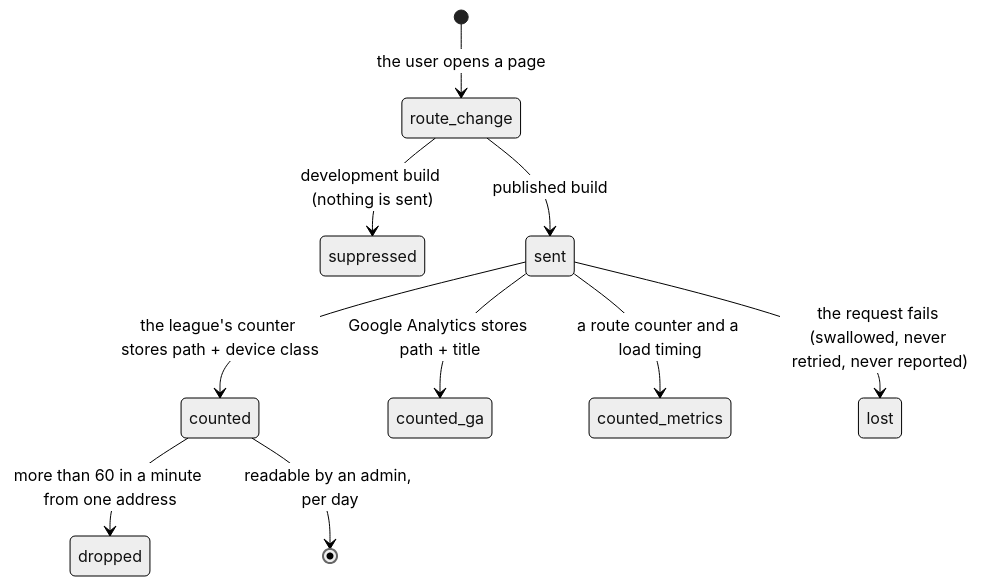
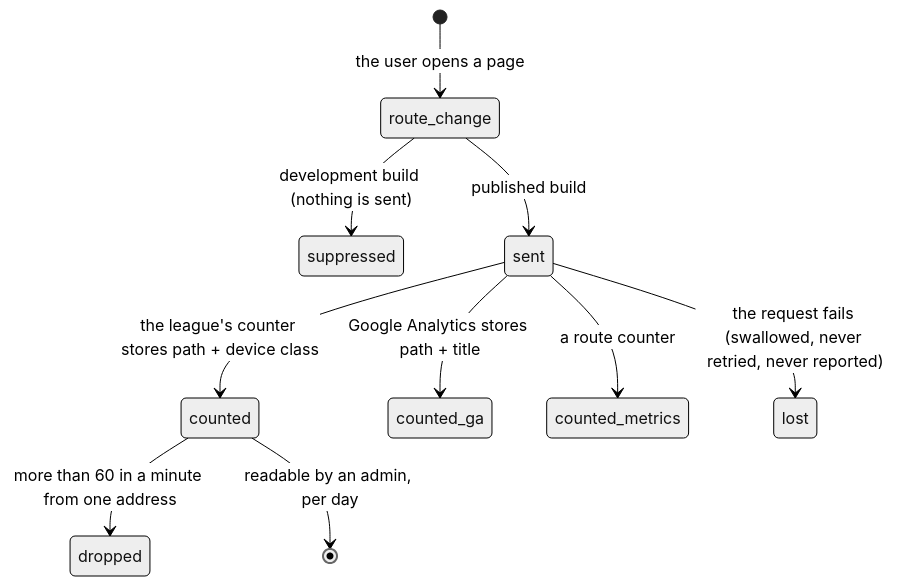
The diagram in docs/product-description/cross-cutting/what-the-league-sees.md (DougZeThug/717rec), drawn with Mermaid (neutral theme) before and after one commit. The commit also changed other lines of this file and 1 other file, not shown here.

Commit message:
docs: drop the removed page-load timing from cross-cutting telemetry docs

````diff
--- a/docs/product-description/cross-cutting/what-the-league-sees.md
+++ b/docs/product-description/cross-cutting/what-the-league-sees.md
@@ -135,12 +135,12 @@
 ```mermaid
 stateDiagram-v2
     [*] --> route_change : the user opens a page
     route_change --> suppressed : development build (nothing is sent)
     route_change --> sent : published build
     sent --> counted : the league's counter stores path + device class
     sent --> counted_ga : Google Analytics stores path + title
-    sent --> counted_metrics : a route counter and a load timing
+    sent --> counted_metrics : a route counter
     counted --> dropped : more than 60 in a minute from one address
     counted --> [*] : readable by an admin, per day
     sent --> lost : the request fails (swallowed, never retried, never reported)
 ```
````
